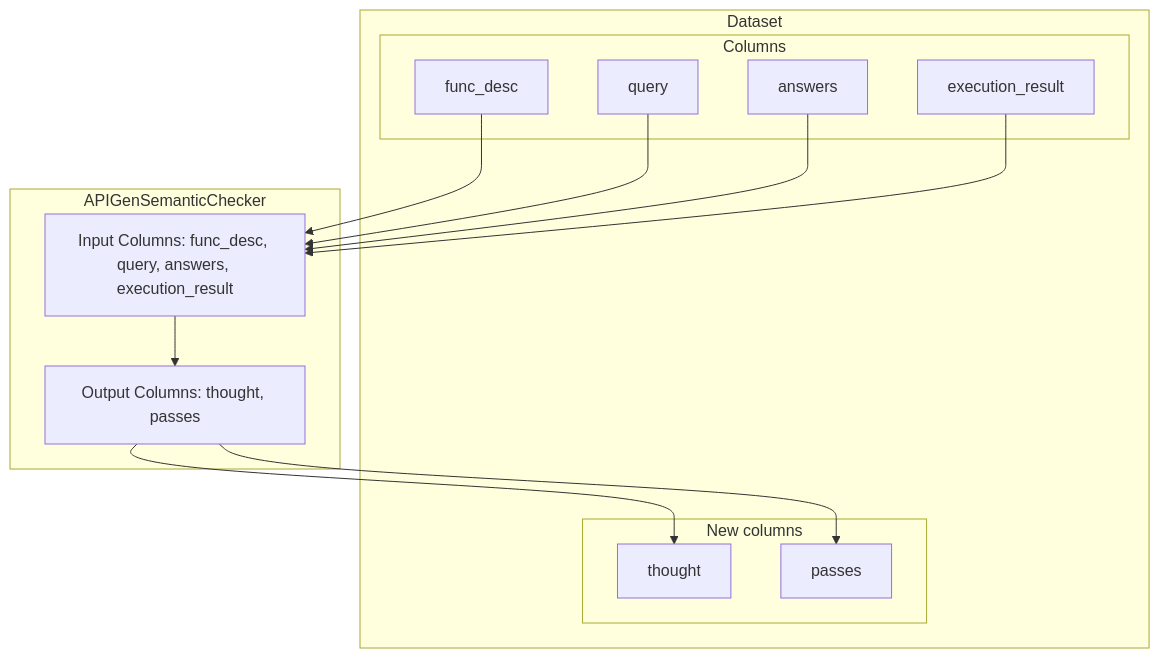
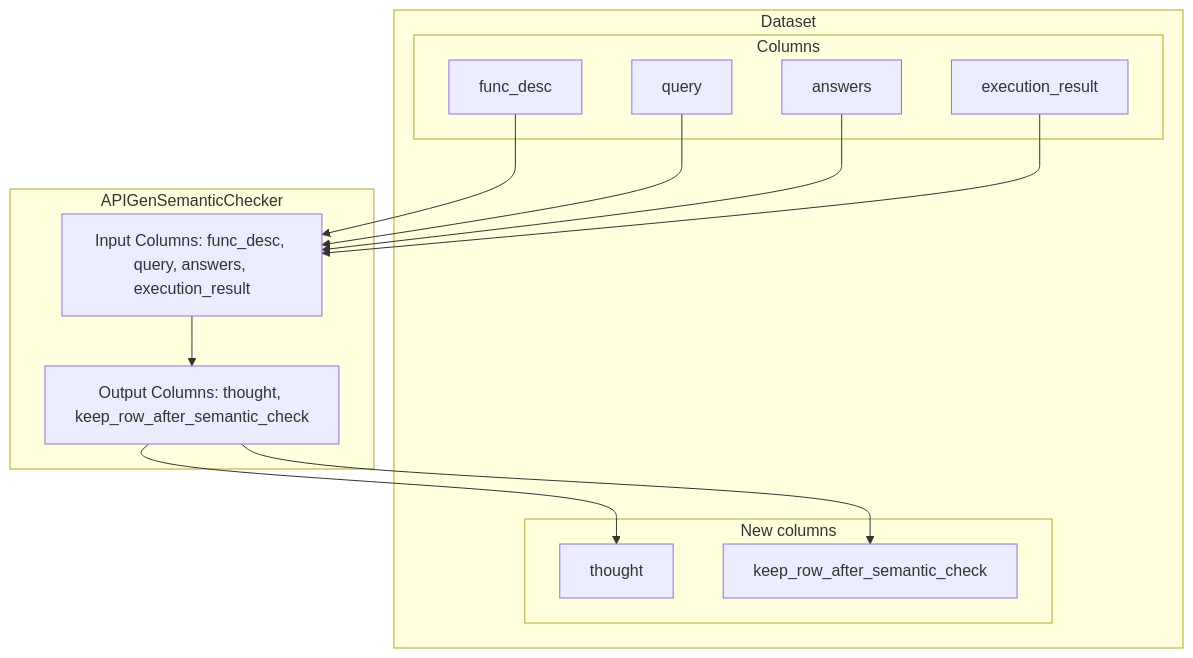
One commit to argilla-io/distilabel changed the diagram in pr-925/components-gallery/tasks/apigensemanticchecker.md. Above: the diagram before and after it, drawn with Mermaid. The commit also changed other lines of this file and 13 other files, not shown here.

````diff
--- a/pr-925/components-gallery/tasks/apigensemanticchecker.md
+++ b/pr-925/components-gallery/tasks/apigensemanticchecker.md
@@ -29,29 +31,29 @@
 ``` mermaid
 graph TD
 	subgraph Dataset
 		subgraph Columns
 			ICOL0[func_desc]
 			ICOL1[query]
 			ICOL2[answers]
 			ICOL3[execution_result]
 		end
 		subgraph New columns
 			OCOL0[thought]
-			OCOL1[passes]
+			OCOL1[keep_row_after_semantic_check]
 		end
 	end
 
 	subgraph APIGenSemanticChecker
 		StepInput[Input Columns: func_desc, query, answers, execution_result]
-		StepOutput[Output Columns: thought, passes]
+		StepOutput[Output Columns: thought, keep_row_after_semantic_check]
 	end
 
 	ICOL0 --> StepInput
 	ICOL1 --> StepInput
 	ICOL2 --> StepInput
 	ICOL3 --> StepInput
 	StepOutput --> OCOL0
 	StepOutput --> OCOL1
 	StepInput --> StepOutput
 
 ```
````
